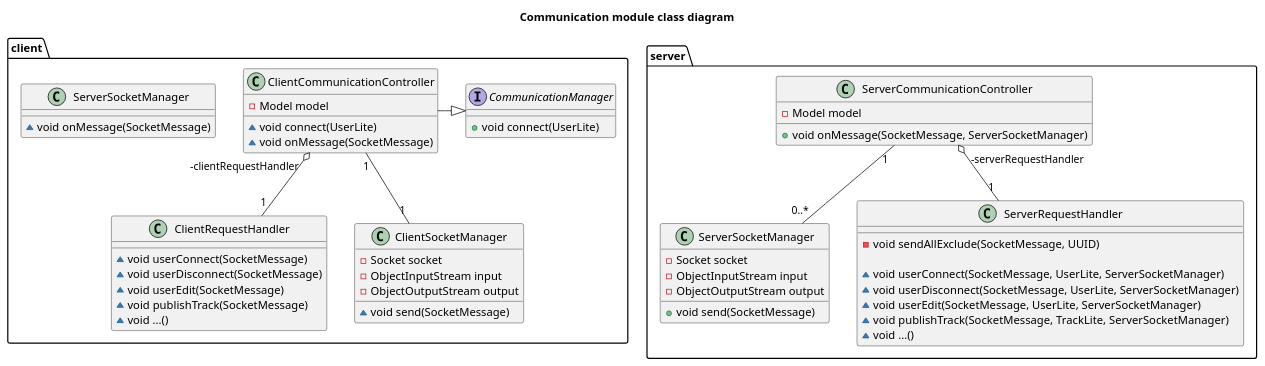
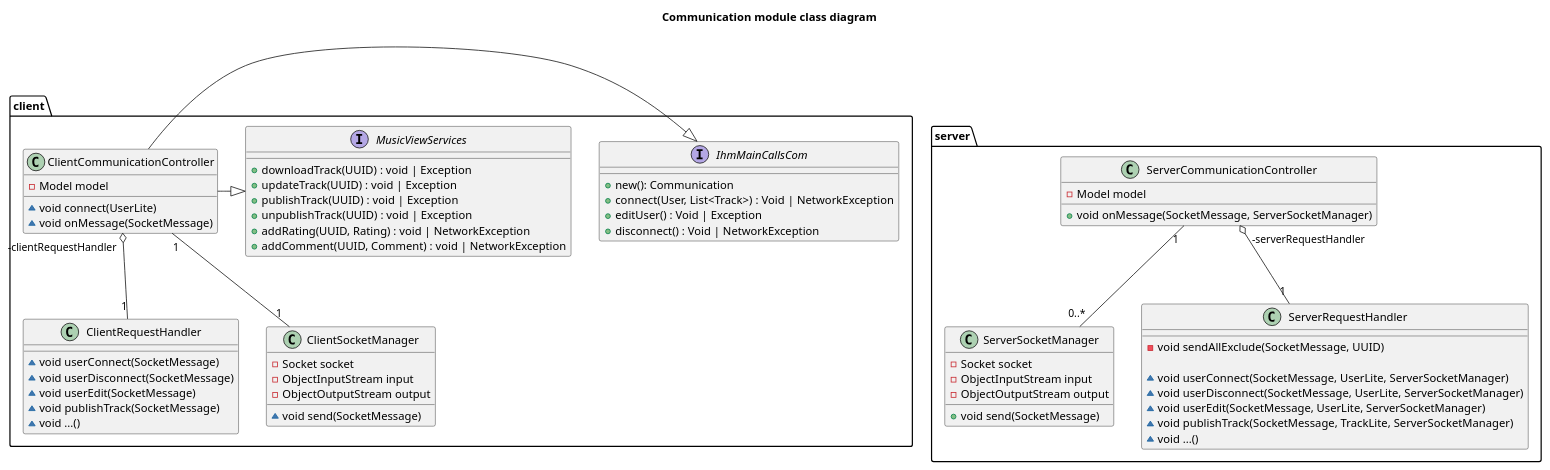
The diagram in class/communication.puml (UTCAI12/Diagrams), drawn with PlantUML before and after one commit.

Commit message:
Update communication.puml
add interfaces

```diff
--- a/class/communication.puml
+++ b/class/communication.puml
@@ -1,71 +1,78 @@
-@startuml Communication module class diagram
+@startuml
 title Communication module class diagram
 
 package server {
     class ServerCommunicationController {
         - Model model
         + void onMessage(SocketMessage, ServerSocketManager)
     }
 
     class ServerSocketManager {
         - Socket socket
         - ObjectInputStream input
         - ObjectOutputStream output
 
         + void send(SocketMessage)
     }
 
     class ServerRequestHandler {
         - void sendAllExclude(SocketMessage, UUID)
 
         ~ void userConnect(SocketMessage, UserLite, ServerSocketManager)
         ~ void userDisconnect(SocketMessage, UserLite, ServerSocketManager)
         ~ void userEdit(SocketMessage, UserLite, ServerSocketManager)
         ~ void publishTrack(SocketMessage, TrackLite, ServerSocketManager)
         ~ void ...()
     }
 
     ServerCommunicationController "1" -- "0..*" ServerSocketManager
     ServerCommunicationController "-serverRequestHandler" o-- "    1" ServerRequestHandler
 
 }
 
 package client {
     class ClientCommunicationController {
         - Model model
 
         ~ void connect(UserLite)
         ~ void onMessage(SocketMessage)
     } 
 
     class ClientRequestHandler {
         ~ void userConnect(SocketMessage)
         ~ void userDisconnect(SocketMessage)
         ~ void userEdit(SocketMessage)
         ~ void publishTrack(SocketMessage)
         ~ void ...()
     }
 
-
-    class ServerSocketManager {
-        ~ void onMessage(SocketMessage)
+    interface IhmMainCallsCom {
+        + new(): Communication
+        + connect(User, List<Track>) : Void | NetworkException
+        + editUser() : Void | Exception
+        + disconnect() : Void | NetworkException
     }
 
-    interface CommunicationManager {
-        + void connect(UserLite)
+    interface MusicViewServices {
+        + downloadTrack(UUID) : void | Exception
+        + updateTrack(UUID) : void | Exception
+        + publishTrack(UUID) : void | Exception
+        + unpublishTrack(UUID) : void | Exception
+        + addRating(UUID, Rating) : void | NetworkException
+        + addComment(UUID, Comment) : void | NetworkException
     }
 
     class ClientSocketManager {
         - Socket socket
         - ObjectInputStream input
         - ObjectOutputStream output
 
         ~ void send(SocketMessage)
     }
 
     ClientSocketManager "1" -up- "1" ClientCommunicationController
-    CommunicationManager <|-left- ClientCommunicationController
+    IhmMainCallsCom <|-left- ClientCommunicationController
+    MusicViewServices <|-left- ClientCommunicationController
     ClientCommunicationController "-clientRequestHandler" o-- "    1" ClientRequestHandler
 }
-
 @enduml
```
